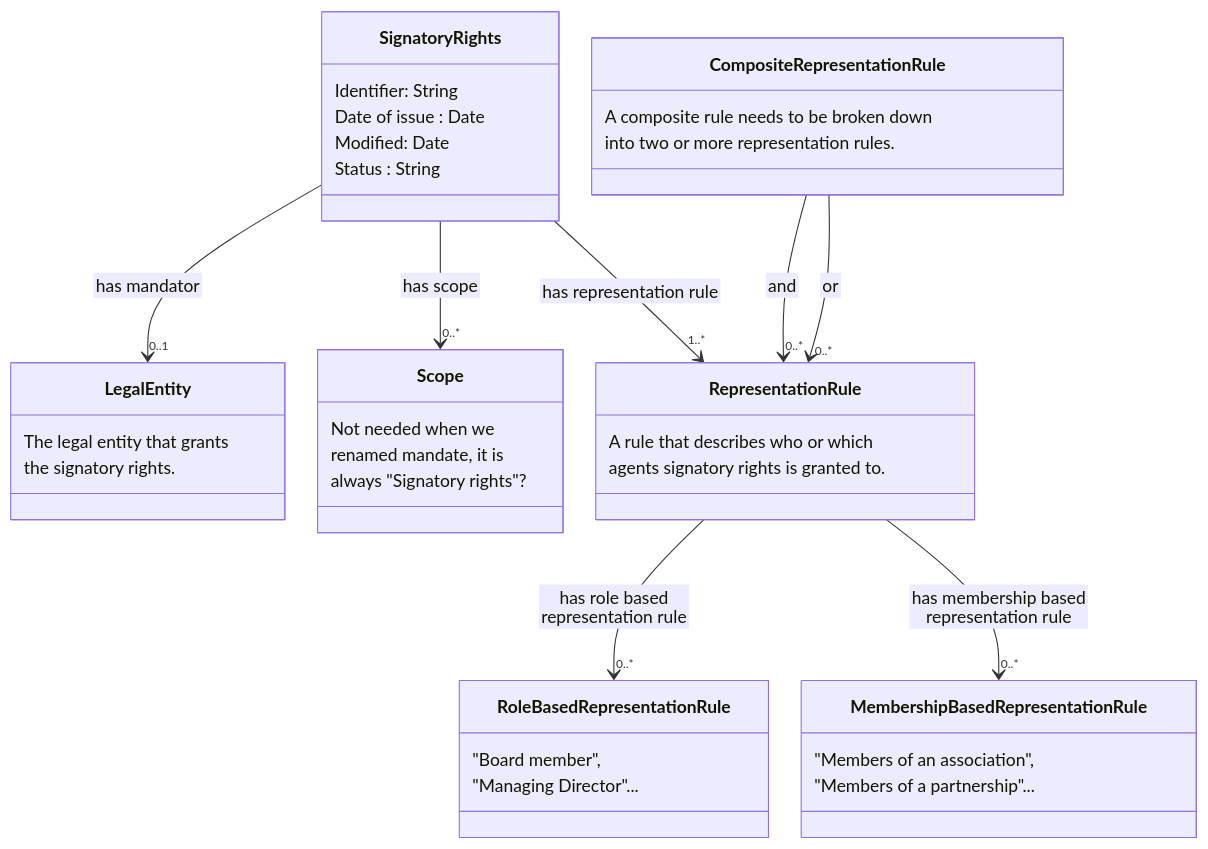
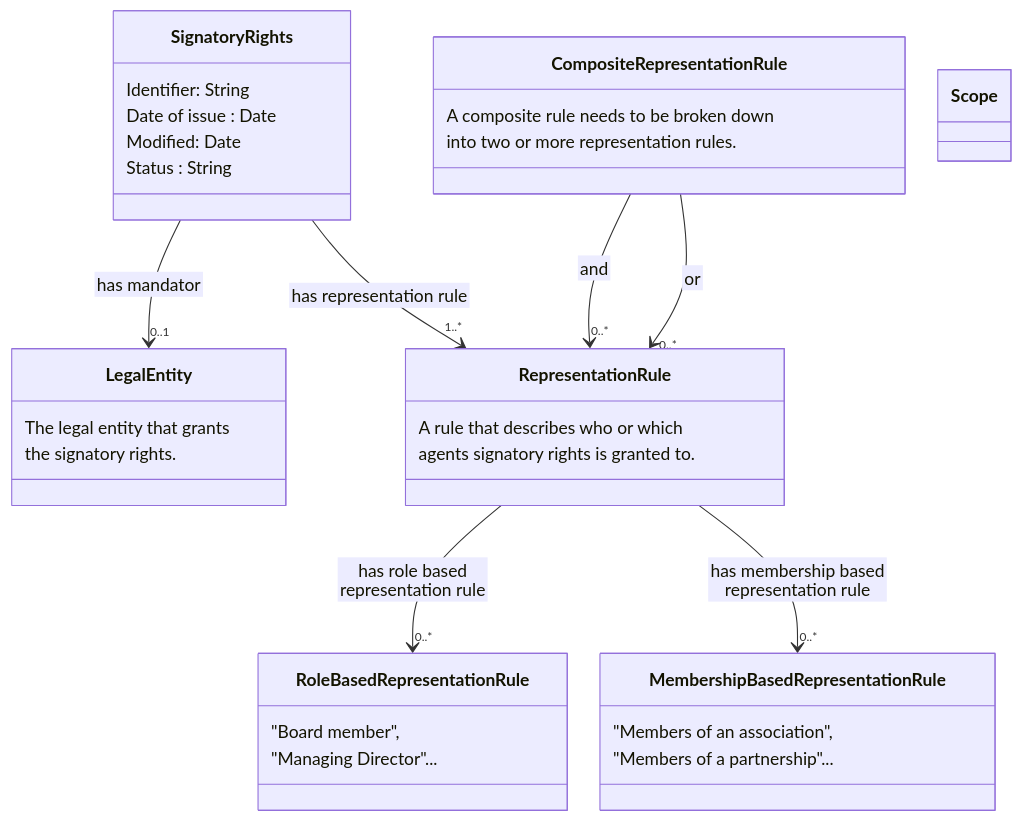
Before and after one commit to nordicsmartgovernment/Nordic-Signatory-Rights-Model: the diagram in README.md, drawn with Mermaid.

````diff
--- a/README.md
+++ b/README.md
@@ -23,56 +23,49 @@
 ```mermaid
  %%{init:{'flowchart':{'nodeSpacing': 30, 'rankSpacing': 95, 'htmlLabels': false}}}%%
     classDiagram
        
         class Signatory Rights {
             Identifier: String
             Date of issue : Date
             Modified: Date
             Status : String
         }
 
         Signatory Rights --> "0..1" Legal Entity : has mandator
-        Signatory Rights --> "0..*" Scope : has scope
         Signatory Rights --> "1..*" Representation Rule : has representation rule
 
         class Legal Entity {
            The legal entity that grants
            the signatory rights.
-        }
-
-        class Scope {
-           Not needed when we
-           renamed mandate, it is
-           always "Signatory rights"?
         }
 
         class Representation Rule {
            A rule that describes who or which
            agents signatory rights is granted to.
         }
 
         Representation Rule  --> "0..*" Role Based Representation Rule : has role based representation rule
         Representation Rule --> "0..*" Membership Based Representation Rule : has membership based representation rule
 
         class Role Based Representation Rule {
            "Board member",
            "Managing Director"...
         }
 
         class Membership Based Representation Rule {
            "Members of an association",
            "Members of a partnership"...
         }
 
         class Composite Representation Rule {
            A composite rule needs to be broken down
            into two or more representation rules.
         }
 
         Composite Representation Rule --> "0..*" Representation Rule : and
         Composite Representation Rule --> "0..*" Representation Rule : or
 
         class Scope {
         }
 
 ```
````
